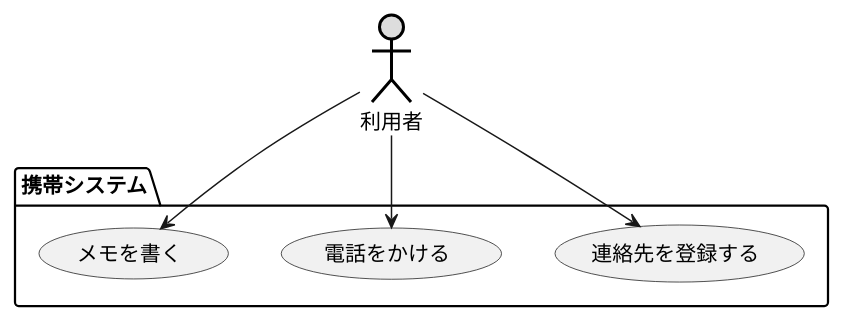
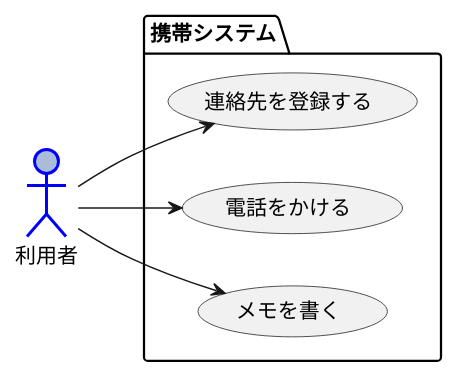
Before and after one commit to Sreia1129/uml-introduction: the diagram in 例題２_UC_システム境界.pu, drawn with PlantUML. The commit also changed 1 other file, not shown here.

```diff
--- a/例題２_UC_システム境界.pu
+++ b/例題２_UC_システム境界.pu
@@ -1,12 +1,12 @@
 @startuml ユースケース図
-' left to right direction
-actor 利用者 #DDDDDD;line:black;line.bold;
+left to right direction
+actor 利用者 #AABCD9;line:Blue;line.bold;
 package 携帯システム {
 usecase 連絡先を登録する
 usecase 電話をかける
 usecase メモを書く
 }
 利用者 --> 連絡先を登録する
 利用者 --> 電話をかける
 利用者 --> メモを書く
 @enduml
```
